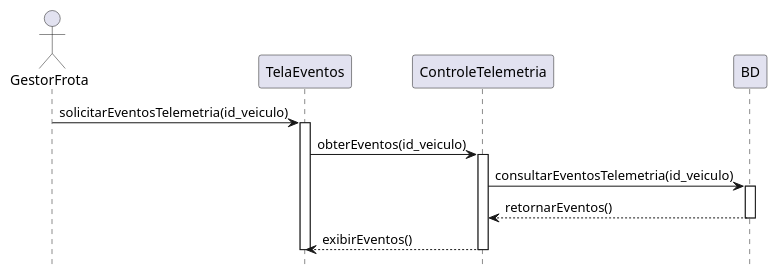
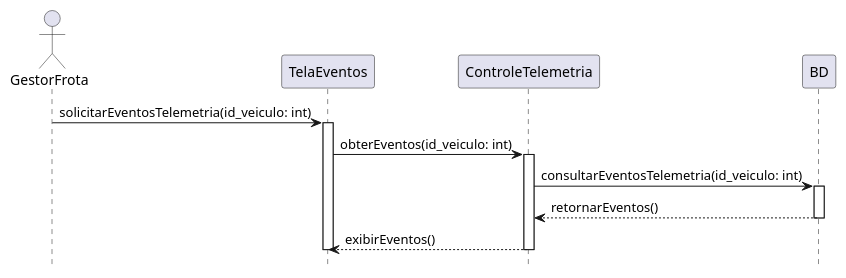
One commit to Pollyanadias/Sistema-de-Gerenciamento-de-Frotas changed the diagram in Gerenciamento de Frotas/Diagramas de Sequencias/Identificar Eventos de Telemetria.iuml. Above: the diagram before and after it, drawn with PlantUML.

Commit message:
Update Identificar Eventos de Telemetria.iuml

```diff
--- a/Gerenciamento de Frotas/Diagramas de Sequencias/Identificar Eventos de Telemetria.iuml
+++ b/Gerenciamento de Frotas/Diagramas de Sequencias/Identificar Eventos de Telemetria.iuml
@@ -1,26 +1,26 @@
 @startuml "Identificar Eventos de Telemetria"
 hide footbox
 
 actor GestorFrota as gestor_ator
 participant TelaEventos as tela_eventos
 participant ControleTelemetria as controle_telemetria
 participant BD as bd
 
-gestor_ator -> tela_eventos: solicitarEventosTelemetria(id_veiculo)
+gestor_ator -> tela_eventos: solicitarEventosTelemetria(id_veiculo: int)
 activate tela_eventos
 
-tela_eventos -> controle_telemetria: obterEventos(id_veiculo)
+tela_eventos -> controle_telemetria: obterEventos(id_veiculo: int)
 activate controle_telemetria
 
-controle_telemetria -> bd: consultarEventosTelemetria(id_veiculo)
+controle_telemetria -> bd: consultarEventosTelemetria(id_veiculo: int)
 activate bd
 
 bd --> controle_telemetria: retornarEventos()
 deactivate bd
 
 controle_telemetria --> tela_eventos: exibirEventos()
 deactivate controle_telemetria
 
 deactivate tela_eventos
 
 @enduml
```
